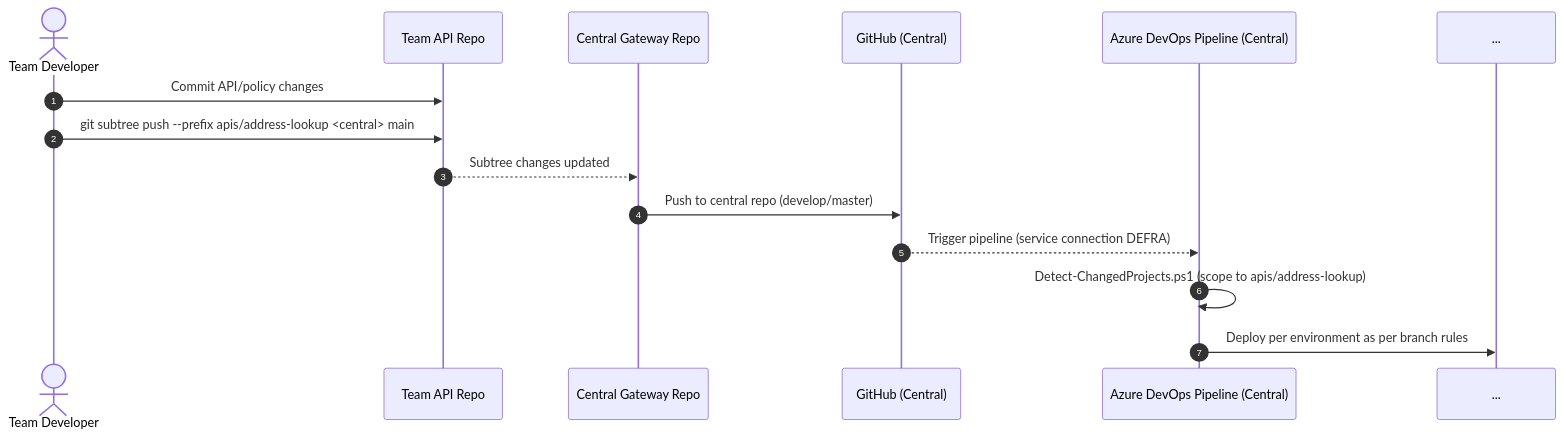
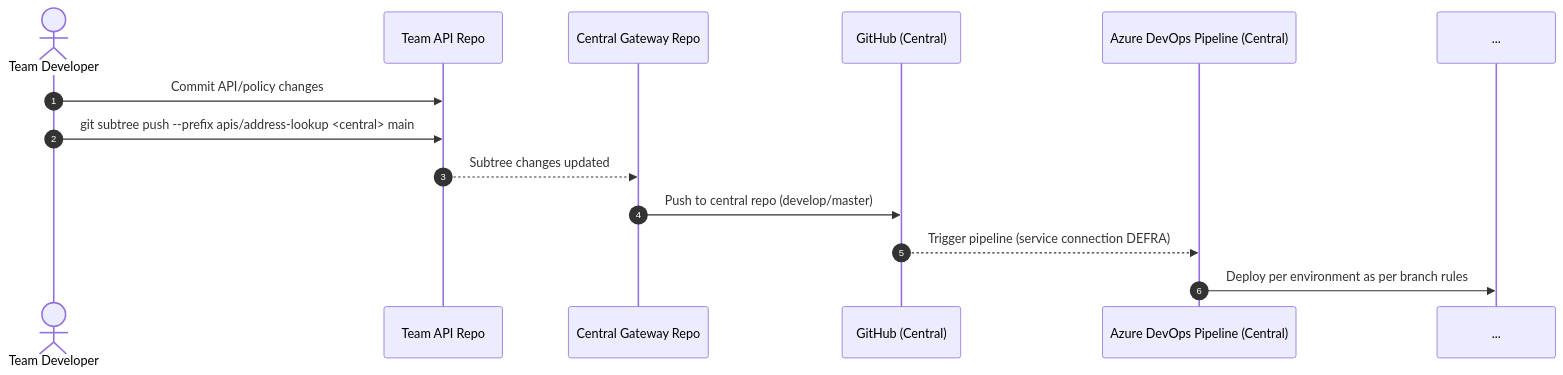
One commit to uk-gov-mirror/defra.sps-apim-gateway-address-lookup-v10 changed the third of 3 diagrams in Readme.md. Above: the diagram before and after it, drawn with Mermaid.

Commit message:
chore: update README to improve local validation section

````diff
--- a/Readme.md
+++ b/Readme.md
@@ -141,19 +141,17 @@
 ```mermaid
 sequenceDiagram
     autonumber
     actor TeamDev as Team Developer
     participant TeamRepo as Team API Repo
     participant Central as Central Gateway Repo
     participant GH as GitHub (Central)
     participant ADO as Azure DevOps Pipeline (Central)
 
     TeamDev->>TeamRepo: Commit API/policy changes
     TeamDev->>TeamRepo: git subtree push --prefix apis/address-lookup <central> main
     TeamRepo-->>Central: Subtree changes updated
 
     Central->>GH: Push to central repo (develop/master)
     GH-->>ADO: Trigger pipeline (service connection DEFRA)
-    ADO->>ADO: Detect-ChangedProjects.ps1 (scope to apis/address-lookup)
     ADO->>...: Deploy per environment as per branch rules
-
 ```
````
